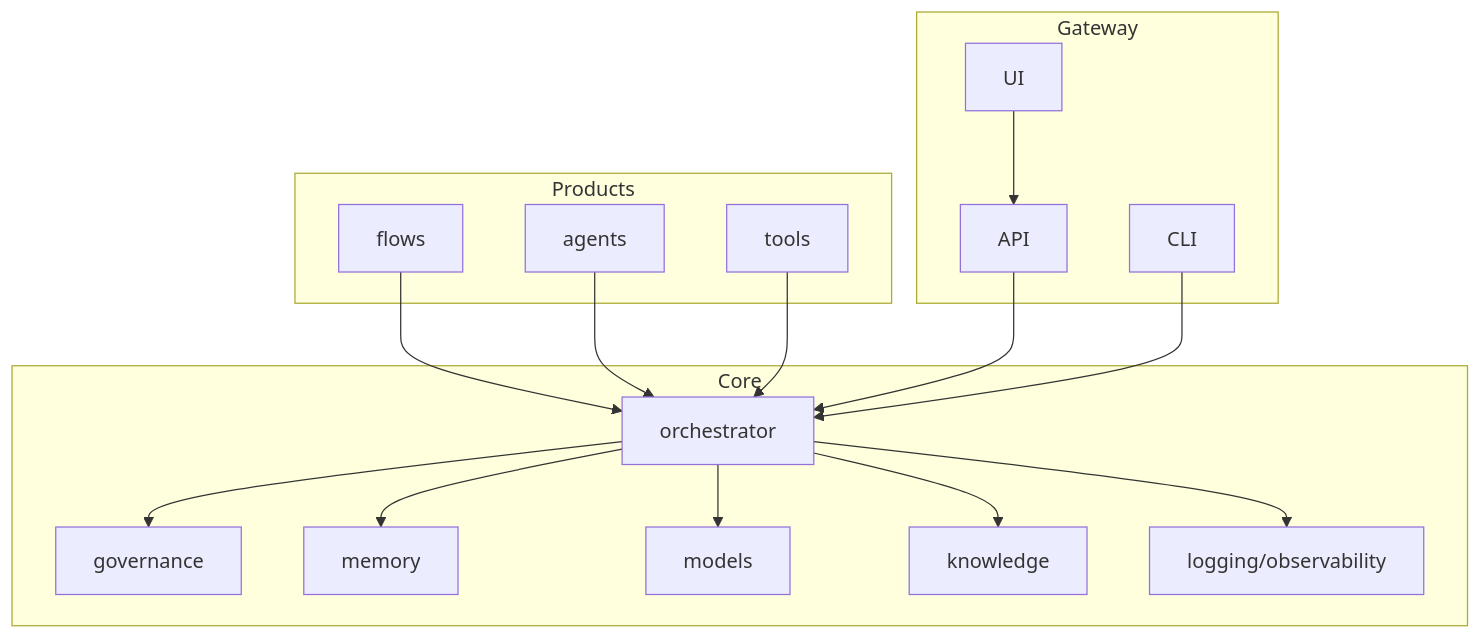
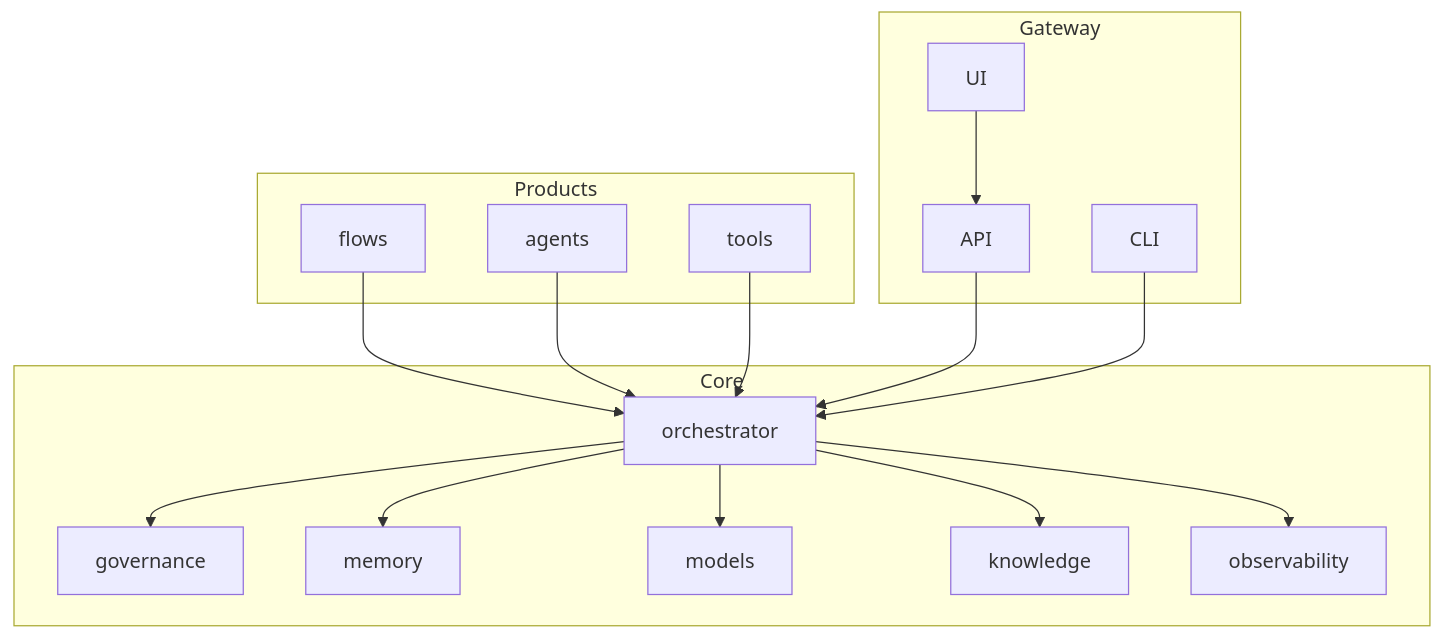
The first of 10 diagrams in docs/core_architecture.md (chethanp11/master), drawn with Mermaid before and after one commit. The commit also changed other lines of this file and 6 other files, not shown here.

````diff
--- a/docs/core_architecture.md
+++ b/docs/core_architecture.md
@@ -44,33 +44,33 @@
 ```mermaid
 flowchart TB
   subgraph Products
     PF[flows]
     PA[agents]
     PT[tools]
   end
   subgraph Core
     ORC[orchestrator]
     GOV[governance]
     MEM[memory]
     MOD[models]
     KNO[knowledge]
-    LOG[logging/observability]
+    LOG[observability]
   end
   subgraph Gateway
     API[API]
     UI[UI]
     CLI[CLI]
   end
 
   PF --> ORC
   PA --> ORC
   PT --> ORC
   API --> ORC
   CLI --> ORC
   UI --> API
   ORC --> GOV
   ORC --> MEM
   ORC --> LOG
   ORC --> KNO
   ORC --> MOD
 ```
````
